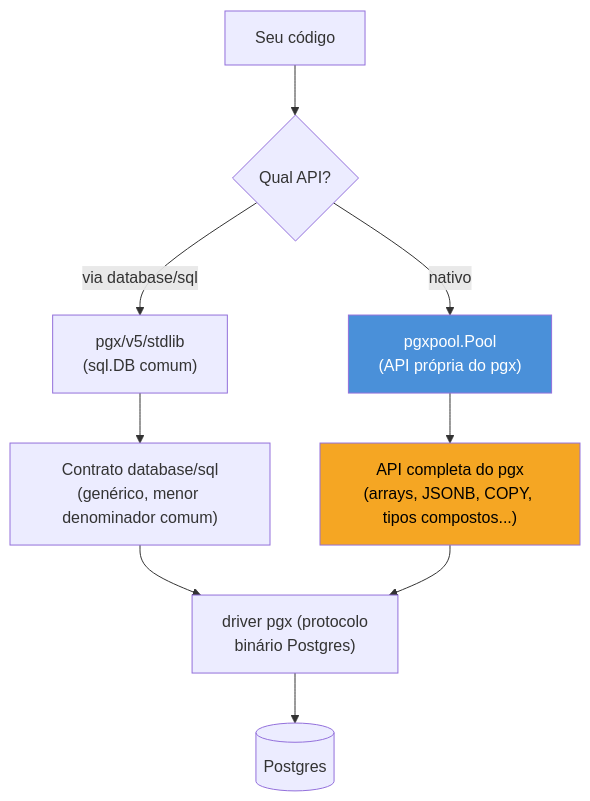
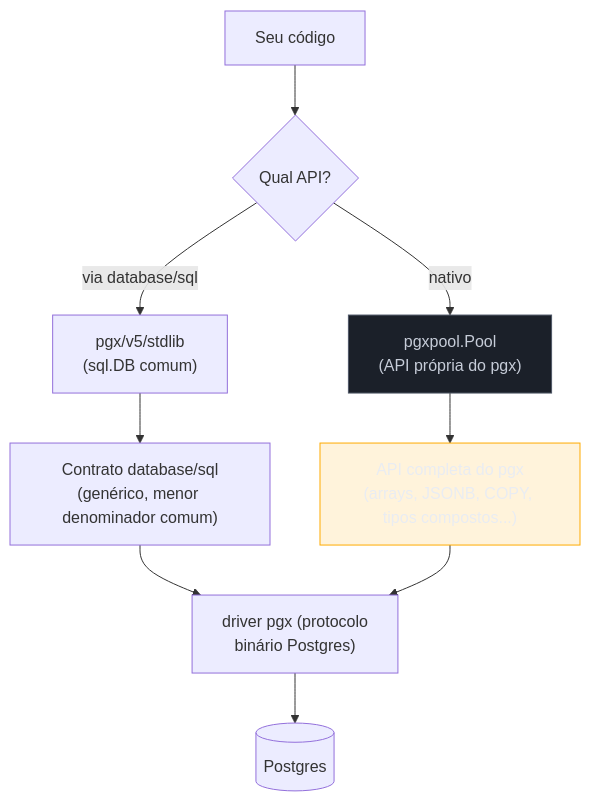
One commit to josenaldo/codex-technomanticus changed the first of 2 diagrams in 03-Dominios/Tecnologia/Go/11 - Persistência/04 - pgx — o driver Postgres avançado.md. Above: the diagram before and after it, drawn with Mermaid. The commit also changed other lines of this file and 1181 other files, not shown here.

First line of the commit message:
fix(diagramas): paleta do sistema no lugar de cor cravada no markdown

````diff
--- a/03-Dominios/Tecnologia/Go/11 - Persistência/04 - pgx — o driver Postgres avançado.md
+++ b/03-Dominios/Tecnologia/Go/11 - Persistência/04 - pgx — o driver Postgres avançado.md
@@ -34,16 +34,18 @@
 ```mermaid
 flowchart TB
+    classDef neutro fill:#1B2029,stroke:#4E5666,color:#C6CCD8
+    classDef destaque fill:#FFAA0024,stroke:#FFAA00,color:#E9ECF2
     App["Seu código"] --> Choice{"Qual API?"}
     Choice -->|"via database/sql"| Stdlib["pgx/v5/stdlib\n(sql.DB comum)"]
     Choice -->|"nativo"| Native["pgxpool.Pool\n(API própria do pgx)"]
 
     Stdlib --> Contract["Contrato database/sql\n(genérico, menor denominador comum)"]
     Native --> Full["API completa do pgx\n(arrays, JSONB, COPY, tipos compostos...)"]
 
     Contract --> Driver["driver pgx (protocolo\nbinário Postgres)"]
     Full --> Driver
     Driver --> PG[("Postgres")]
 
-    style Native fill:#4A90D9,color:#fff
-    style Full fill:#F5A623,color:#000
+    class Native neutro
+    class Full destaque
 ```
````
